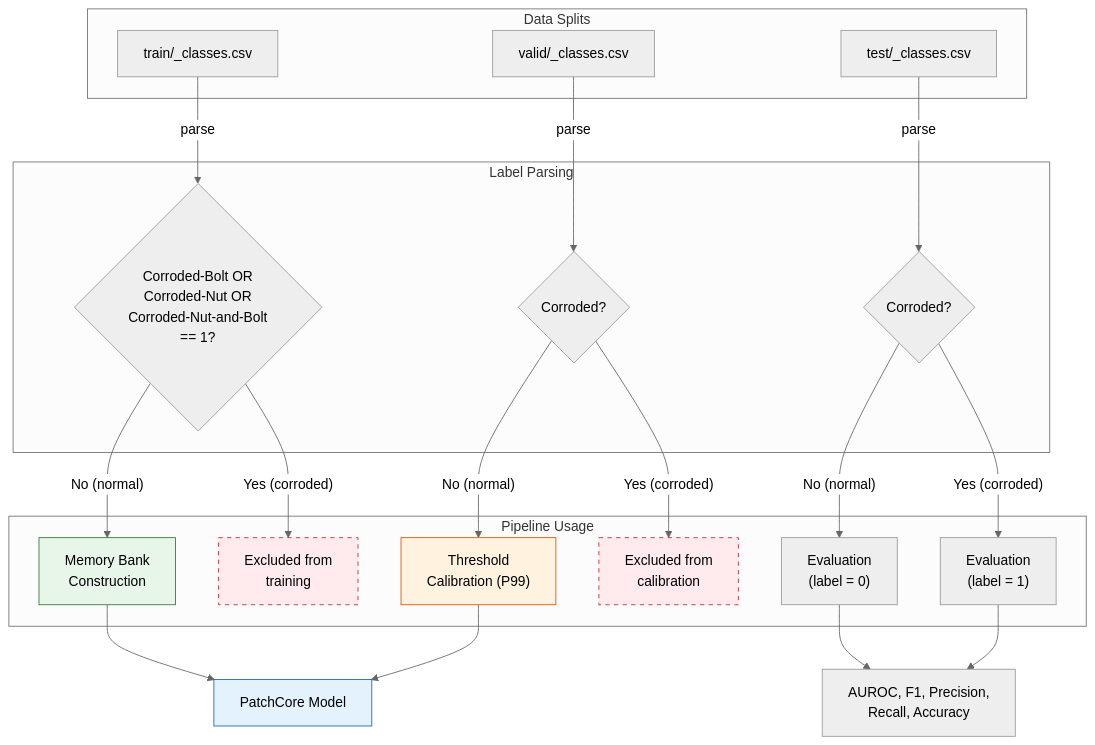
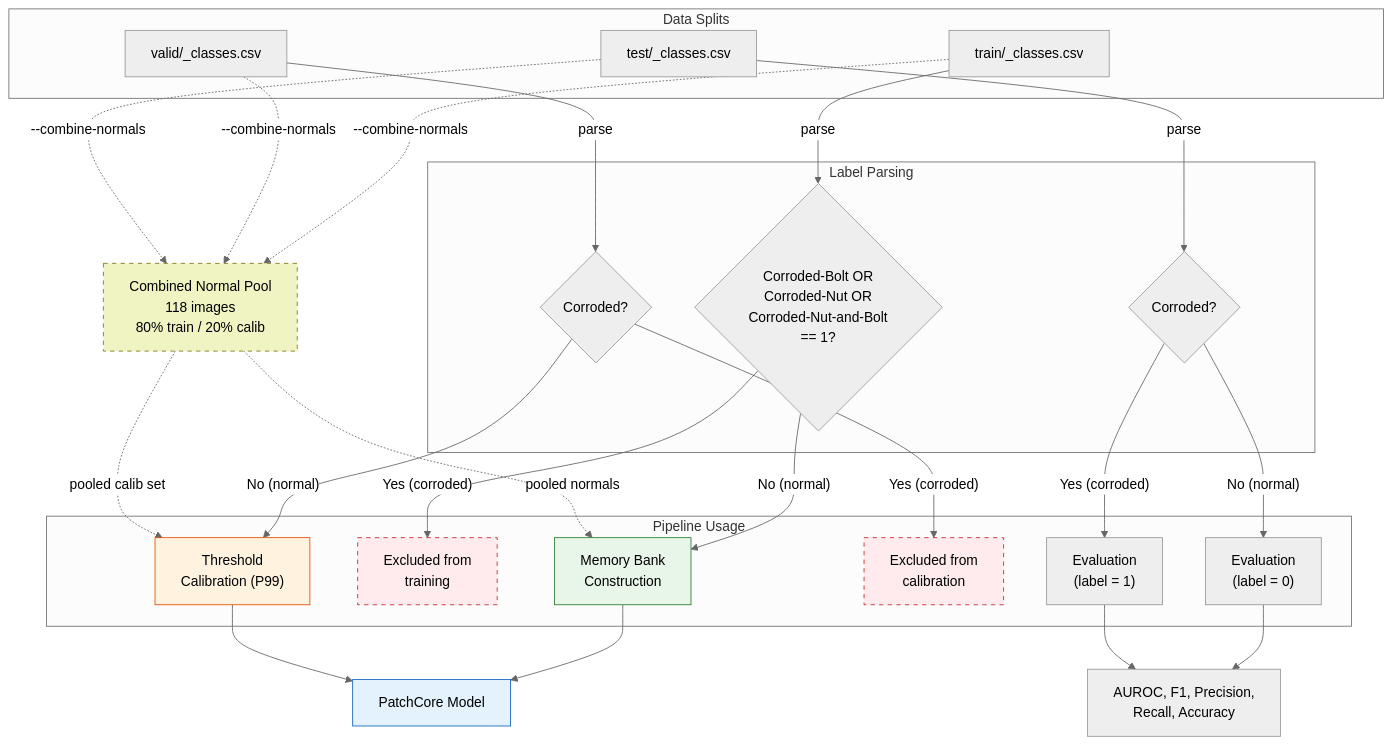
Before and after one commit to paarth-sharma/rust-detection: the fourth of 6 diagrams in ARCHITECTURE.md, drawn with Mermaid (neutral theme). The commit also changed other lines of this file and 173 other files, not shown here.

````diff
--- a/ARCHITECTURE.md
+++ b/ARCHITECTURE.md
@@ -136,34 +146,41 @@
 ```mermaid
 graph TD
     subgraph Split["Data Splits"]
         CSV_T["train/_classes.csv"]
         CSV_V["valid/_classes.csv"]
         CSV_E["test/_classes.csv"]
     end
 
     subgraph Parse["Label Parsing"]
         CSV_T -->|"parse"| FILT_T{"Corroded-Bolt OR<br/>Corroded-Nut OR<br/>Corroded-Nut-and-Bolt<br/>== 1?"}
         CSV_V -->|"parse"| FILT_V{"Corroded?"}
         CSV_E -->|"parse"| FILT_E{"Corroded?"}
     end
 
     subgraph Use["Pipeline Usage"]
         FILT_T -->|"No (normal)"| TRAIN["Memory Bank<br/>Construction"]
         FILT_T -->|"Yes (corroded)"| SKIP_T["Excluded from<br/>training"]
         FILT_V -->|"No (normal)"| THRESH["Threshold<br/>Calibration (P99)"]
         FILT_V -->|"Yes (corroded)"| SKIP_V["Excluded from<br/>calibration"]
         FILT_E -->|"No (normal)"| EVAL["Evaluation<br/>(label = 0)"]
         FILT_E -->|"Yes (corroded)"| EVAL2["Evaluation<br/>(label = 1)"]
     end
 
+    CSV_T -.->|"--combine-normals"| COMBINE["Combined Normal Pool<br/>118 images<br/>80% train / 20% calib"]
+    CSV_V -.->|"--combine-normals"| COMBINE
+    CSV_E -.->|"--combine-normals"| COMBINE
+    COMBINE -.->|"pooled normals"| TRAIN
+    COMBINE -.->|"pooled calib set"| THRESH
+
     TRAIN --> MODEL["PatchCore Model"]
     THRESH --> MODEL
     EVAL --> METRICS["AUROC, F1, Precision,<br/>Recall, Accuracy"]
     EVAL2 --> METRICS
 
     style SKIP_T fill:#ffebee,stroke:#c62828,stroke-dasharray: 5 5
     style SKIP_V fill:#ffebee,stroke:#c62828,stroke-dasharray: 5 5
     style TRAIN fill:#e8f5e9,stroke:#2E7D32
     style THRESH fill:#fff3e0,stroke:#E65100
     style MODEL fill:#e3f2fd,stroke:#1565C0
+    style COMBINE fill:#f0f4c3,stroke:#827717,stroke-dasharray: 5 5
 ```
````
